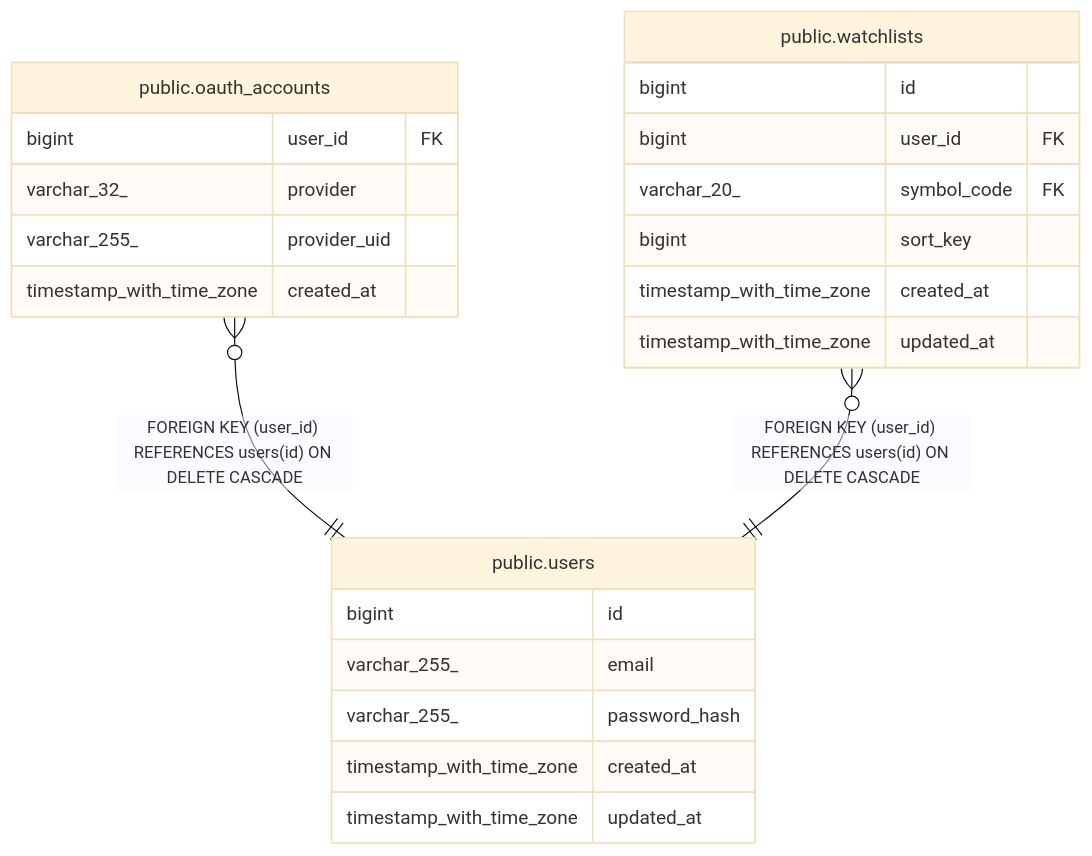
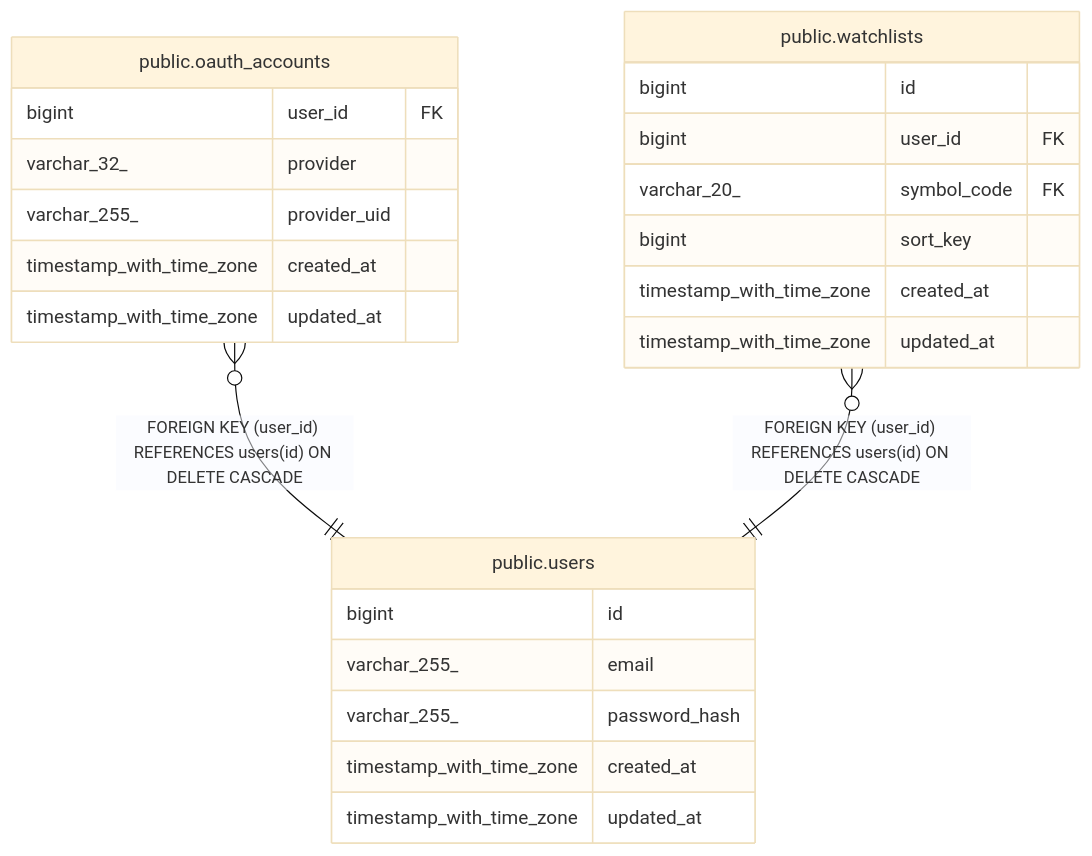
One commit to UCHIDAnobuhiro/stock-backend changed the diagram in docs/schema/public.users.md. Above: the diagram before and after it, drawn with Mermaid (base theme). The commit also changed 4 other files, not shown here.

````diff
--- a/docs/schema/public.users.md
+++ b/docs/schema/public.users.md
@@ -32,28 +32,29 @@
 ```mermaid
 erDiagram
 
 "public.oauth_accounts" }o--|| "public.users" : "FOREIGN KEY (user_id) REFERENCES users(id) ON DELETE CASCADE"
 "public.watchlists" }o--|| "public.users" : "FOREIGN KEY (user_id) REFERENCES users(id) ON DELETE CASCADE"
 
 "public.users" {
   bigint id ""
   varchar_255_ email ""
   varchar_255_ password_hash ""
   timestamp_with_time_zone created_at ""
   timestamp_with_time_zone updated_at ""
 }
 "public.oauth_accounts" {
   bigint user_id FK ""
   varchar_32_ provider ""
   varchar_255_ provider_uid ""
   timestamp_with_time_zone created_at ""
+  timestamp_with_time_zone updated_at ""
 }
 "public.watchlists" {
   bigint id ""
   bigint user_id FK ""
   varchar_20_ symbol_code FK ""
   bigint sort_key ""
   timestamp_with_time_zone created_at ""
   timestamp_with_time_zone updated_at ""
 }
 ```
````
